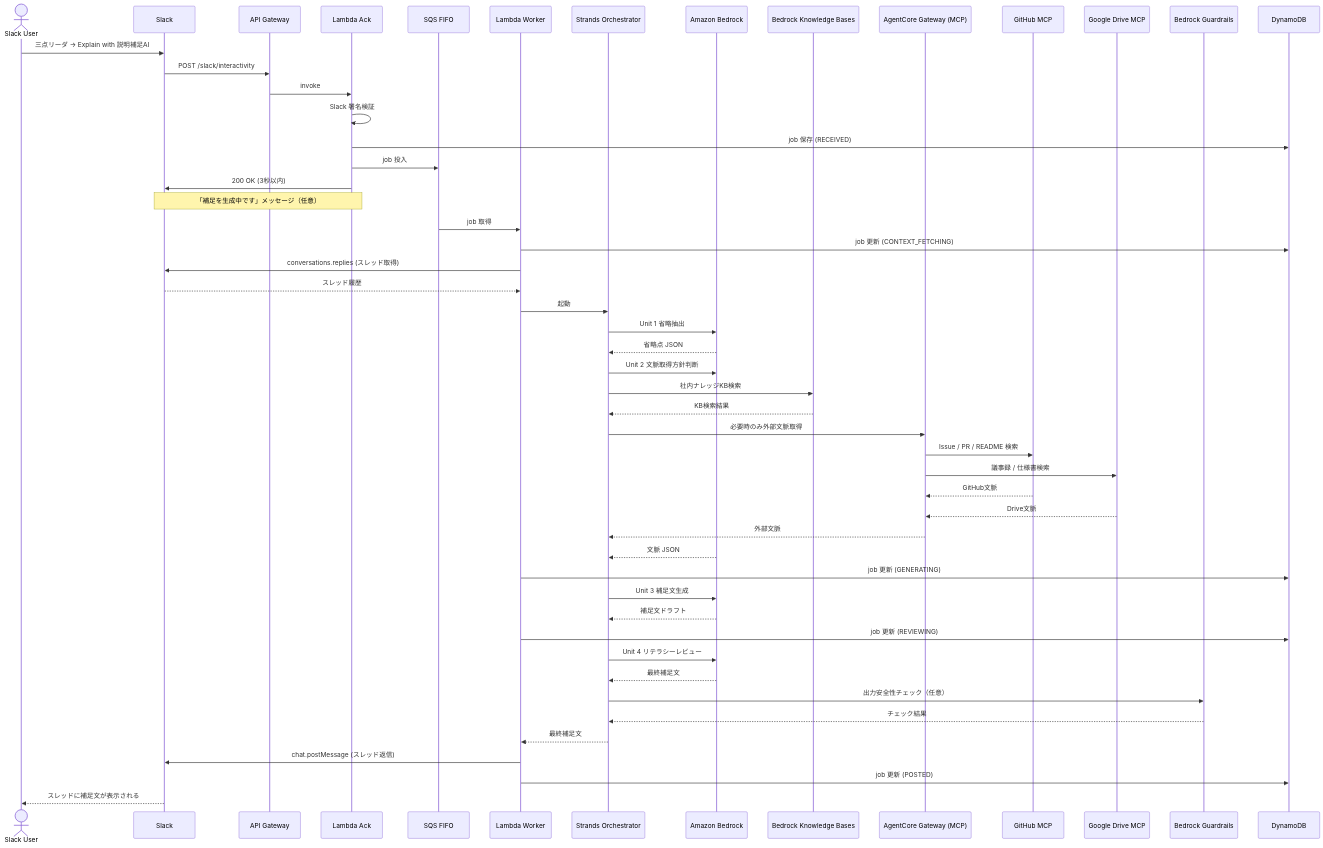
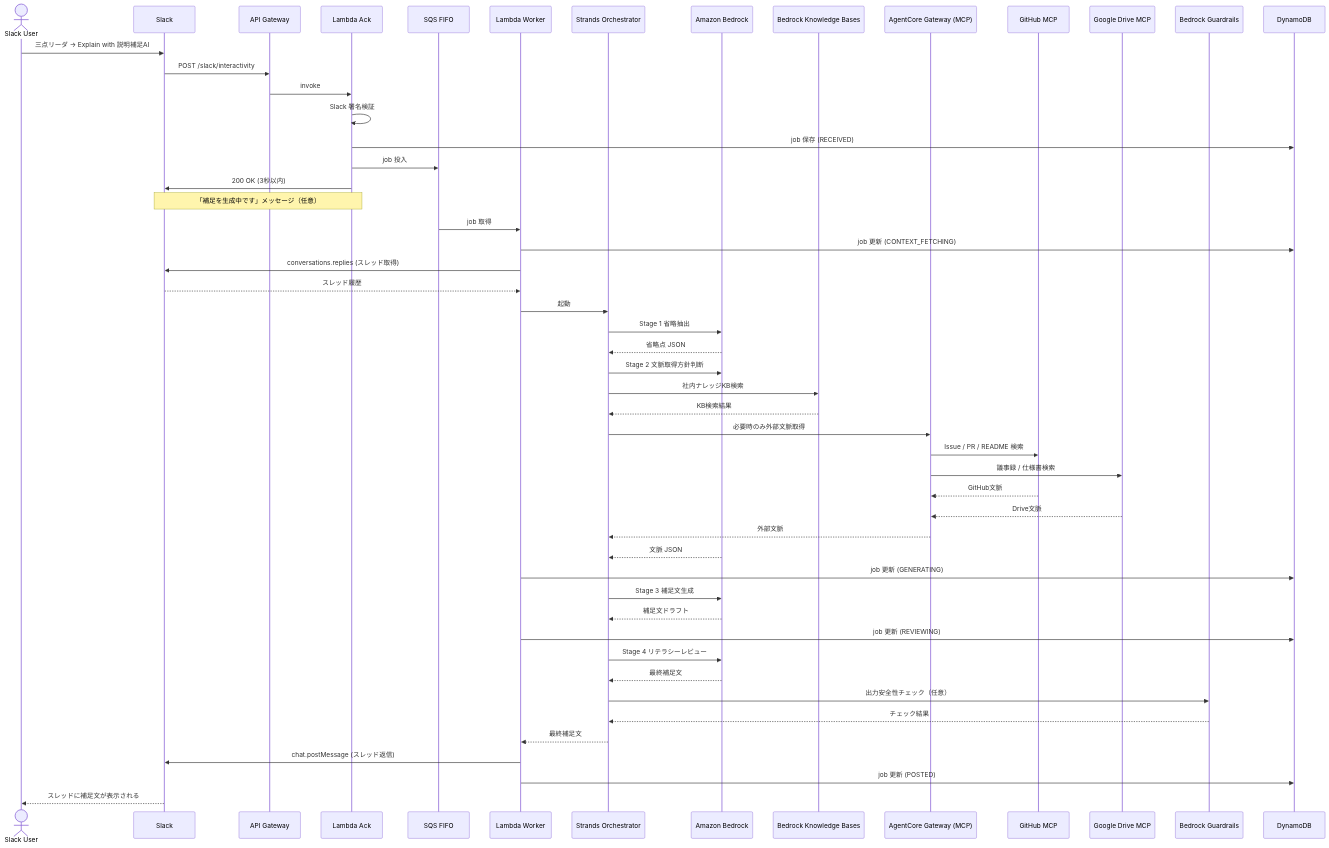
The second of 3 diagrams in docs/03_architecture.md (taku-arsenal/context-butler), drawn with Mermaid before and after one commit. The commit also changed other lines of this file and 17 other files, not shown here.

Commit message:
Add Diagram MCP architecture and AI-DLC prompt

````diff
--- a/docs/03_architecture.md
+++ b/docs/03_architecture.md
@@ -261,58 +267,58 @@
 ```mermaid
 sequenceDiagram
   actor User as Slack User
   participant Slack as Slack
   participant APIGW as API Gateway
   participant AckLambda as Lambda Ack
   participant SQS as SQS FIFO
   participant Worker as Lambda Worker
   participant Orchestrator as Strands Orchestrator
   participant Bedrock as Amazon Bedrock
   participant KB as Bedrock Knowledge Bases
   participant MCP as AgentCore Gateway (MCP)
   participant GitHub as GitHub MCP
   participant Drive as Google Drive MCP
   participant Guardrails as Bedrock Guardrails
   participant DDB as DynamoDB
 
   User->>Slack: 三点リーダ → Explain with 説明補足AI
   Slack->>APIGW: POST /slack/interactivity
   APIGW->>AckLambda: invoke
   AckLambda->>AckLambda: Slack 署名検証
   AckLambda->>DDB: job 保存 (RECEIVED)
   AckLambda->>SQS: job 投入
   AckLambda->>Slack: 200 OK (3秒以内)
   Note over AckLambda,Slack: 「補足を生成中です」メッセージ（任意）
 
   SQS->>Worker: job 取得
   Worker->>DDB: job 更新 (CONTEXT_FETCHING)
   Worker->>Slack: conversations.replies (スレッド取得)
   Slack-->>Worker: スレッド履歴
 
   Worker->>Orchestrator: 起動
-  Orchestrator->>Bedrock: Unit 1 省略抽出
+  Orchestrator->>Bedrock: Stage 1 省略抽出
   Bedrock-->>Orchestrator: 省略点 JSON
-  Orchestrator->>Bedrock: Unit 2 文脈取得方針判断
+  Orchestrator->>Bedrock: Stage 2 文脈取得方針判断
   Orchestrator->>KB: 社内ナレッジKB検索
   KB-->>Orchestrator: KB検索結果
   Orchestrator->>MCP: 必要時のみ外部文脈取得
   MCP->>GitHub: Issue / PR / README 検索
   MCP->>Drive: 議事録 / 仕様書検索
   GitHub-->>MCP: GitHub文脈
   Drive-->>MCP: Drive文脈
   MCP-->>Orchestrator: 外部文脈
   Bedrock-->>Orchestrator: 文脈 JSON
   Worker->>DDB: job 更新 (GENERATING)
-  Orchestrator->>Bedrock: Unit 3 補足文生成
+  Orchestrator->>Bedrock: Stage 3 補足文生成
   Bedrock-->>Orchestrator: 補足文ドラフト
   Worker->>DDB: job 更新 (REVIEWING)
-  Orchestrator->>Bedrock: Unit 4 リテラシーレビュー
+  Orchestrator->>Bedrock: Stage 4 リテラシーレビュー
   Bedrock-->>Orchestrator: 最終補足文
   Orchestrator->>Guardrails: 出力安全性チェック（任意）
   Guardrails-->>Orchestrator: チェック結果
 
   Orchestrator-->>Worker: 最終補足文
   Worker->>Slack: chat.postMessage (スレッド返信)
   Worker->>DDB: job 更新 (POSTED)
   Slack-->>User: スレッドに補足文が表示される
 ```
````
